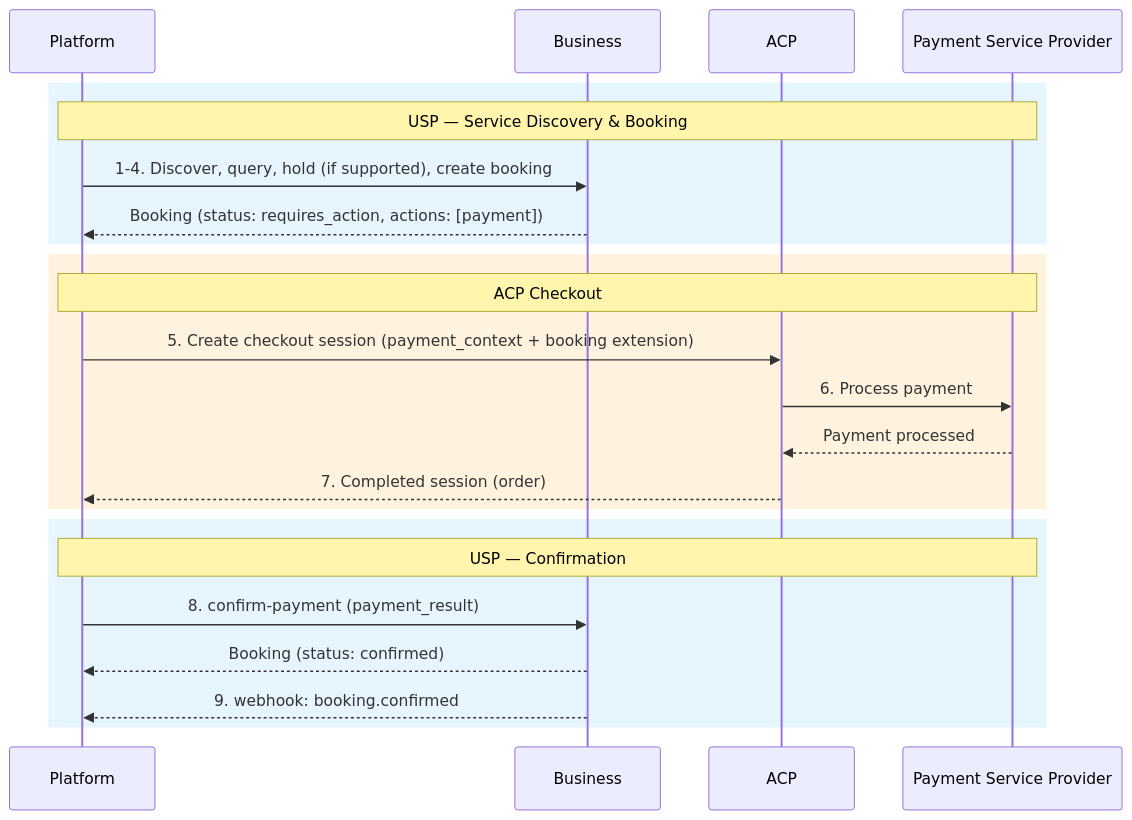
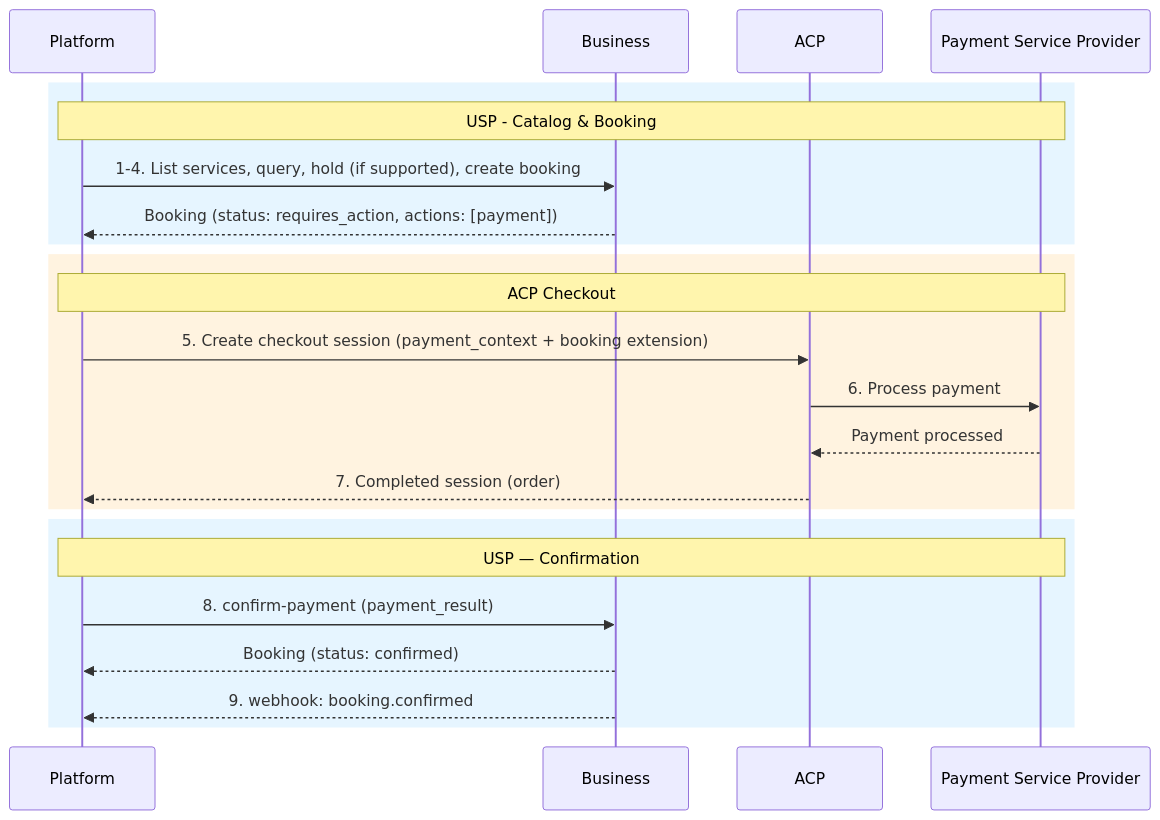
One commit to wix/universal-scheduling-protocol changed the fourth of 7 diagrams in site-docs/deployment-modes/standalone.md. Above: the diagram before and after it, drawn with Mermaid. The commit also changed other lines of this file and 8 other files, not shown here.

````diff
--- a/site-docs/deployment-modes/standalone.md
+++ b/site-docs/deployment-modes/standalone.md
@@ -380,28 +384,28 @@
 ```mermaid
 sequenceDiagram
     participant P as Platform
     participant B as Business
     participant ACP as ACP
     participant PSP as Payment Service Provider
 
     rect rgb(230, 245, 255)
-    Note over P,PSP: USP — Service Discovery & Booking
-    P->>B: 1-4. Discover, query, hold (if supported), create booking
+    Note over P,PSP: USP - Catalog & Booking
+    P->>B: 1-4. List services, query, hold (if supported), create booking
     B-->>P: Booking (status: requires_action, actions: [payment])
     end
 
     rect rgb(255, 243, 224)
     Note over P,PSP: ACP Checkout
     P->>ACP: 5. Create checkout session (payment_context + booking extension)
     ACP->>PSP: 6. Process payment
     PSP-->>ACP: Payment processed
     ACP-->>P: 7. Completed session (order)
     end
 
     rect rgb(230, 245, 255)
     Note over P,PSP: USP — Confirmation
     P->>B: 8. confirm-payment (payment_result)
     B-->>P: Booking (status: confirmed)
     B-->>P: 9. webhook: booking.confirmed
     end
 ```
````
